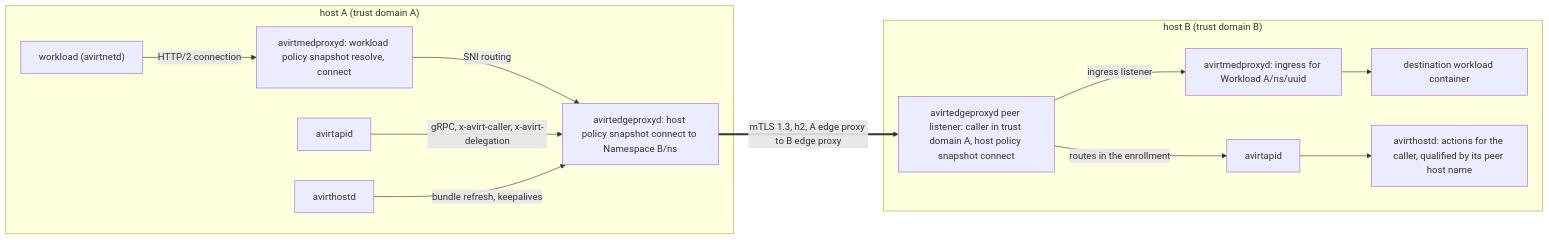
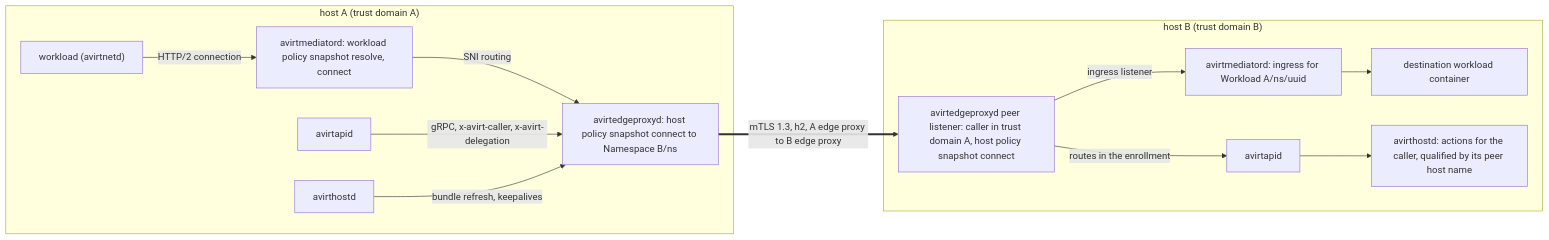
One commit to tbhb-dev/avirt changed the second of 2 diagrams in docs/peering.md. Above: the diagram before and after it, drawn with Mermaid. The commit also changed other lines of this file and 116 other files, not shown here.

````diff
--- a/docs/peering.md
+++ b/docs/peering.md
@@ -231,19 +231,19 @@
 ```mermaid
 flowchart LR
     subgraph A["host A (trust domain A)"]
-        wa["workload (avirtnetd)"] -->|"HTTP/2 connection"| mea["avirtmedproxyd: workload policy snapshot resolve, connect"]
+        wa["workload (avirtnetd)"] -->|"HTTP/2 connection"| mea["avirtmediatord: workload policy snapshot resolve, connect"]
         mea -->|"SNI routing"| fda["avirtedgeproxyd: host policy snapshot connect to Namespace B/ns"]
         pxa["avirtapid"] -->|"gRPC, x-avirt-caller, x-avirt-delegation"| fda
         hda["avirthostd"] -->|"bundle refresh, keepalives"| fda
     end
     subgraph B["host B (trust domain B)"]
         fdb["avirtedgeproxyd peer listener: caller in trust domain A, host policy snapshot connect"]
-        meb["avirtmedproxyd: ingress for Workload A/ns/uuid"]
+        meb["avirtmediatord: ingress for Workload A/ns/uuid"]
         wb["destination workload container"]
         pxb["avirtapid"]
         hdb["avirthostd: actions for the caller, qualified by its peer host name"]
         fdb -->|"ingress listener"| meb --> wb
         fdb -->|"routes in the enrollment"| pxb --> hdb
     end
     fda ==>|"mTLS 1.3, h2, A edge proxy to B edge proxy"| fdb
 ```
````
